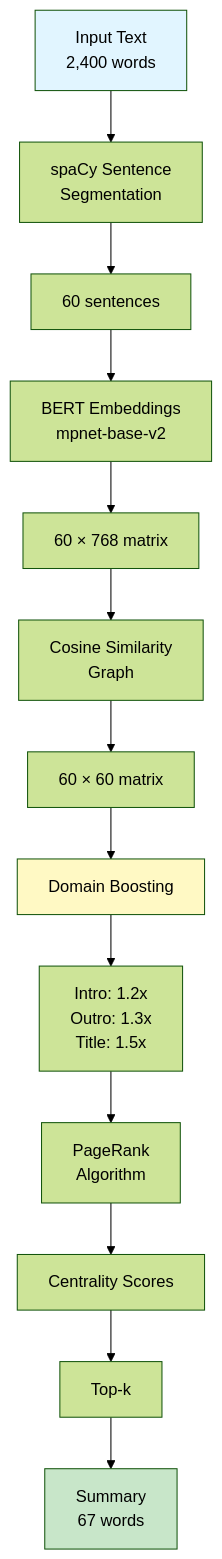
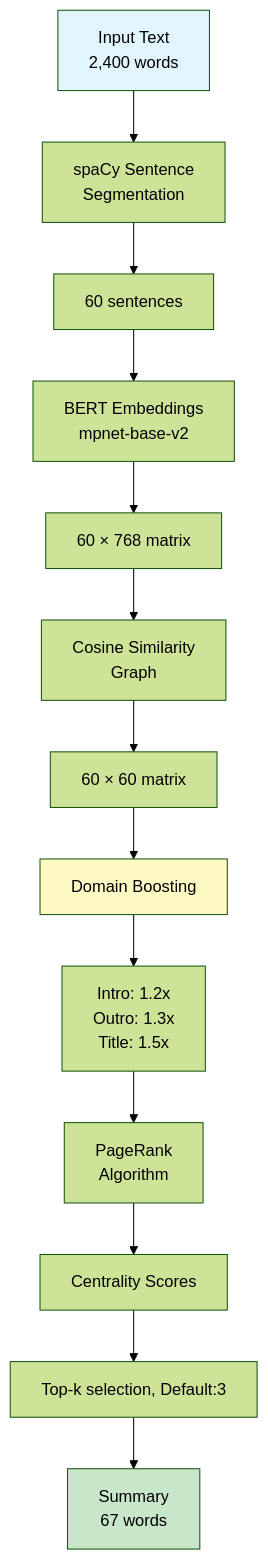
The diagram in README.md (anitaxokojie/Multilingual-extractive-summarization), drawn with Mermaid (forest theme) before and after one commit.

````diff
--- a/README.md
+++ b/README.md
@@ -188,19 +188,19 @@
 ```mermaid
 graph TD
     A[Input Text<br/>2,400 words] --> B[spaCy Sentence<br/>Segmentation]
     B --> C[60 sentences]
     C --> D[BERT Embeddings<br/>mpnet-base-v2]
     D --> E[60 × 768 matrix]
     E --> F[Cosine Similarity<br/>Graph]
     F --> G[60 × 60 matrix]
     G --> H[Domain Boosting]
     H --> I[Intro: 1.2x<br/>Outro: 1.3x<br/>Title: 1.5x]
     I --> J[PageRank<br/>Algorithm]
     J --> K[Centrality Scores]
-    K --> L[Top-k]
+    K --> L[Top-k selection, Default:3]
     L --> M[Summary<br/>67 words]
     
     style A fill:#e1f5ff
     style M fill:#c8e6c9
     style H fill:#fff9c4
 ```
````
